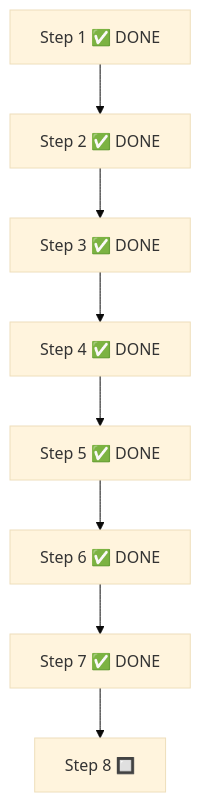
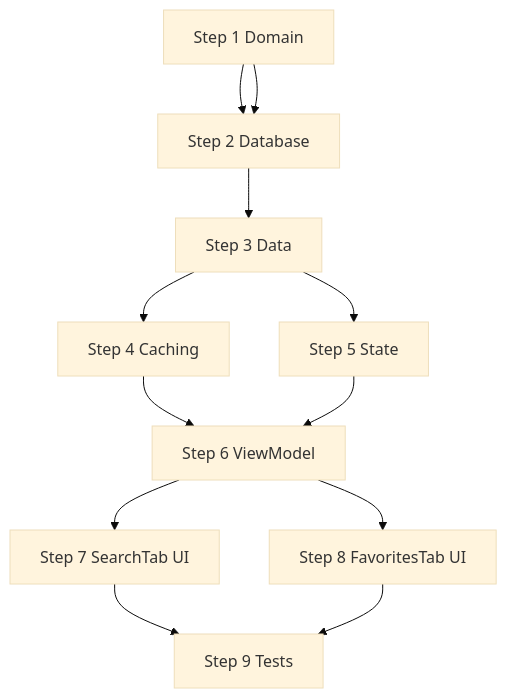
One commit to HermanoGranger/EZ-Makro changed the diagram in docs/REFINEMENT_PLAN.md. Above: the diagram before and after it, drawn with Mermaid (base theme). The commit also changed other lines of this file, not shown here.

````diff
--- a/docs/REFINEMENT_PLAN.md
+++ b/docs/REFINEMENT_PLAN.md
@@ -623,10 +529,14 @@
 ```mermaid
 graph TD
-    A[Step 1 ✅ DONE] --> B[Step 2 ✅ DONE]
-    B --> C[Step 3 ✅ DONE]
-    C --> D[Step 4 ✅ DONE]
-    D --> E[Step 5 ✅ DONE]
-    E --> F[Step 6 ✅ DONE]
-    F --> G[Step 7 ✅ DONE]
-    G --> H[Step 8 🔲]
+    A[Step 1 Domain] --> B[Step 2 Database]
+    A --> B
+    B --> C[Step 3 Data]
+    C --> D[Step 5 State]
+    C --> E[Step 4 Caching]
+    E --> F[Step 6 ViewModel]
+    D --> F
+    F --> G[Step 7 SearchTab UI]
+    F --> H[Step 8 FavoritesTab UI]
+    G --> I[Step 9 Tests]
+    H --> I
 ```
````
